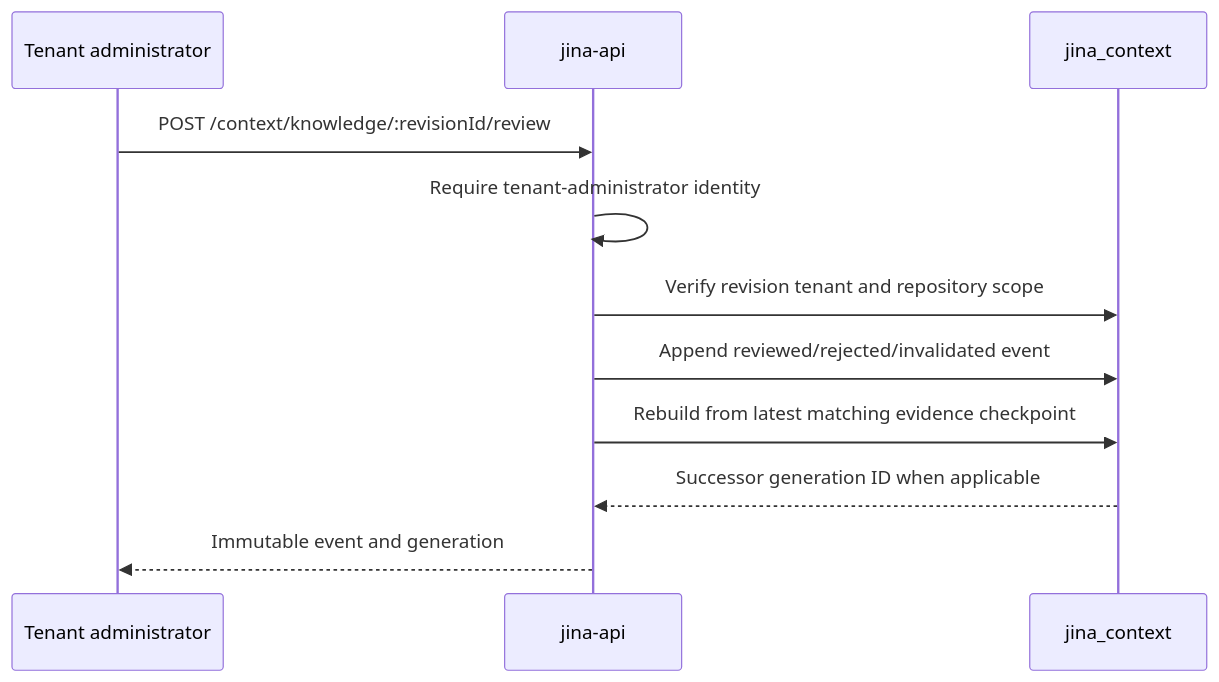
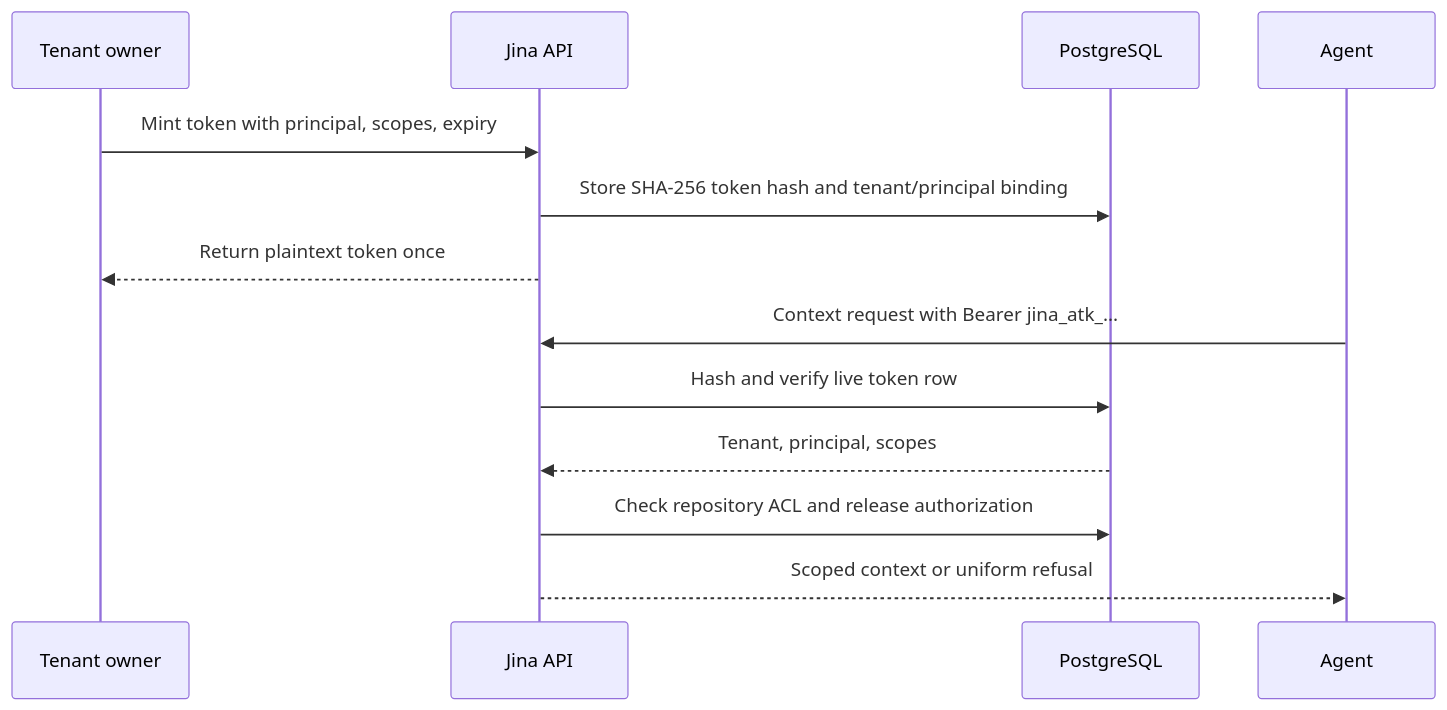
Before and after one commit to keon/jina-context-wiki-e2e-20260808: the sixth of 8 diagrams in docs/SEQUENCE_DIAGRAM.md, drawn with Mermaid. The commit also changed other lines of this file and 248 other files, not shown here.

````diff
--- a/docs/SEQUENCE_DIAGRAM.md
+++ b/docs/SEQUENCE_DIAGRAM.md
@@ -207,14 +167,16 @@
 ```mermaid
 sequenceDiagram
-    participant O as Tenant administrator
-    participant API as jina-api
-    participant DB as jina_context
+    participant O as Tenant owner
+    participant API as Jina API
+    participant PG as PostgreSQL
+    participant A as Agent
 
-    O->>API: POST /context/knowledge/:revisionId/review
-    API->>API: Require tenant-administrator identity
-    API->>DB: Verify revision tenant and repository scope
-    API->>DB: Append reviewed/rejected/invalidated event
-    API->>DB: Rebuild from latest matching evidence checkpoint
-    DB-->>API: Successor generation ID when applicable
-    API-->>O: Immutable event and generation
+    O->>API: Mint token with principal, scopes, expiry
+    API->>PG: Store SHA-256 token hash and tenant/principal binding
+    API-->>O: Return plaintext token once
+    A->>API: Context request with Bearer jina_atk_...
+    API->>PG: Hash and verify live token row
+    PG-->>API: Tenant, principal, scopes
+    API->>PG: Check repository ACL and release authorization
+    API-->>A: Scoped context or uniform refusal
 ```
````
